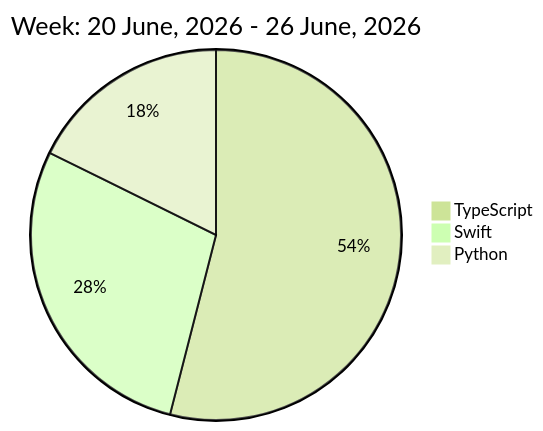
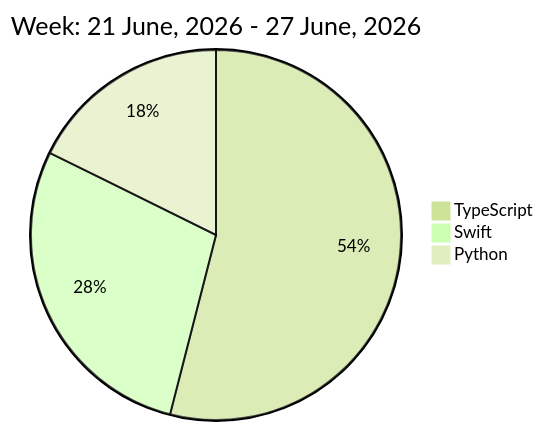
Before and after one commit to liubin95/liubin95: the diagram in README.md, drawn with Mermaid (forest theme).

Commit message:
Updated the Graph with new Metrics

````diff
--- a/README.md
+++ b/README.md
@@ -32,7 +32,7 @@
 ```mermaid
  pie
-title Week: 20 June, 2026 - 26 June, 2026
+title Week: 21 June, 2026 - 27 June, 2026
  "TypeScript" : 9.67
  "Swift" : 5.07
  "Python" : 3.17
 ```
````
